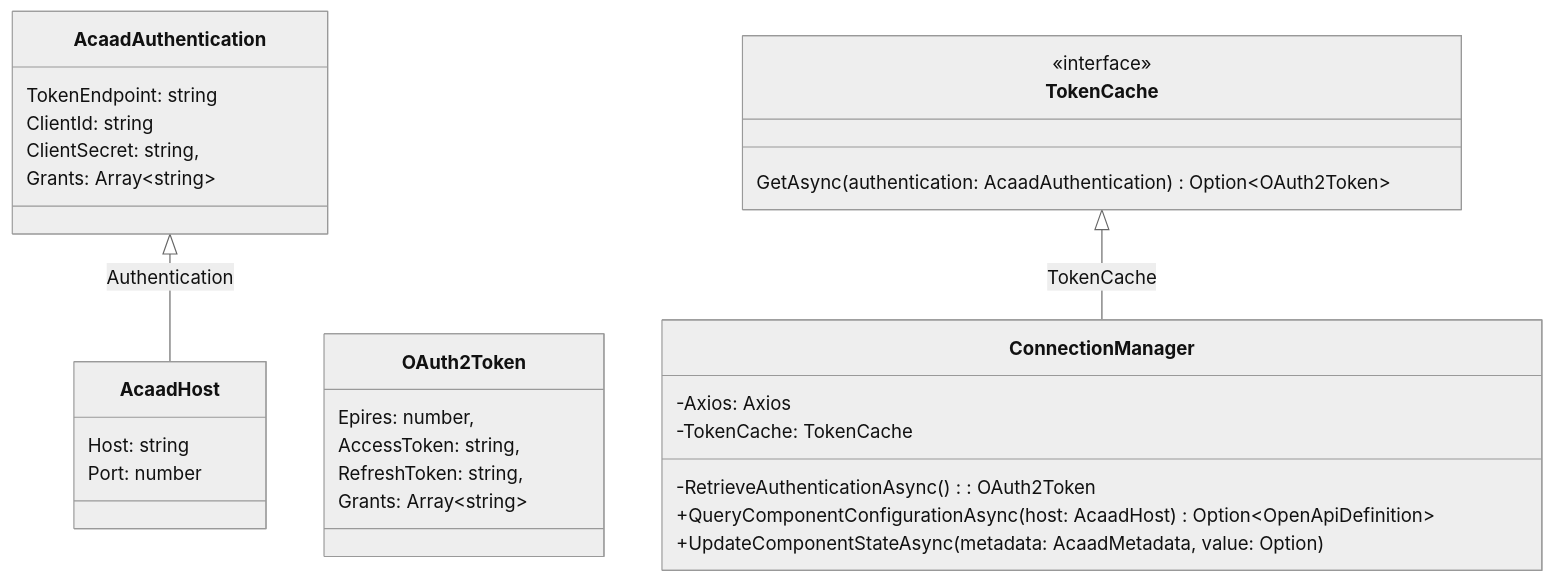
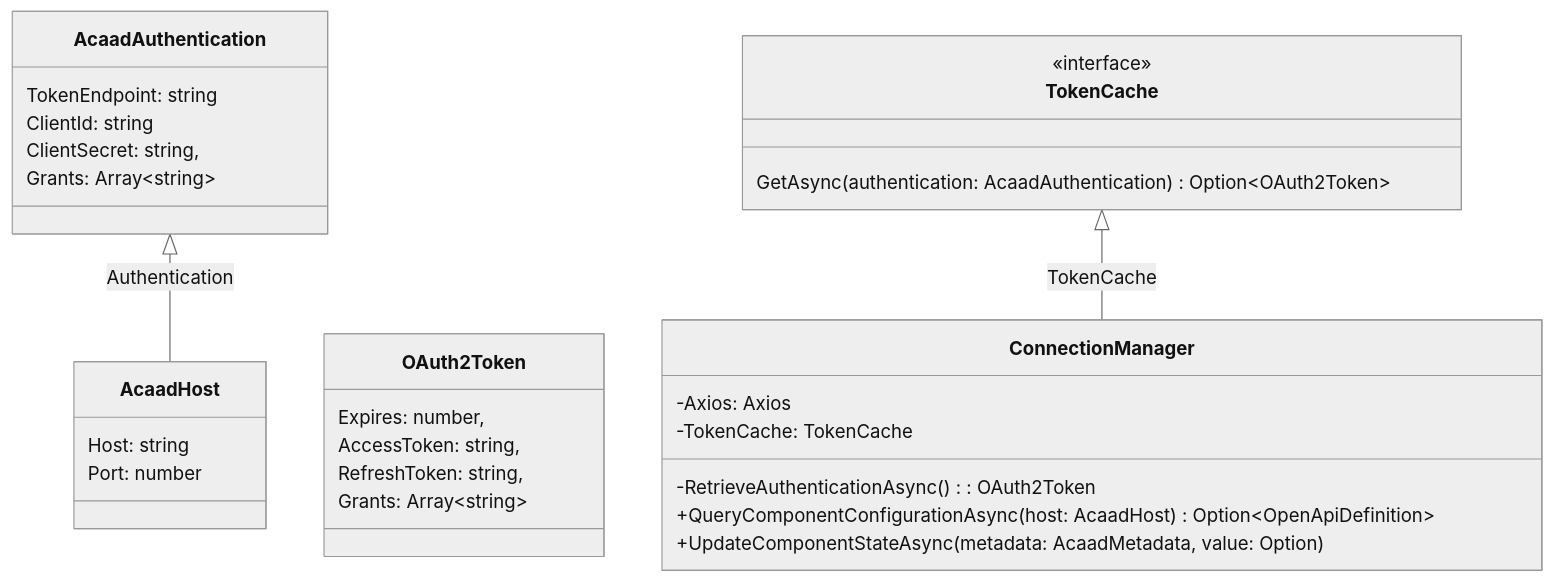
Before and after one commit to OlliMartin/wndw.ctl.typescript: the third of 3 diagrams in Documentation/Development/README.md, drawn with Mermaid (neutral theme).

````diff
--- a/Documentation/Development/README.md
+++ b/Documentation/Development/README.md
@@ -405,43 +405,43 @@
 ``` mermaid
 classDiagram 
 direction BT
 
 class AcaadAuthentication {
   TokenEndpoint: string
   ClientId: string
   ClientSecret: string,
   Grants: Array~string~
 }
 
 class AcaadHost {
   Host: string
   Port: number
 }
 
 class OAuth2Token {
-  Epires: number,
+  Expires: number,
   AccessToken: string,
   RefreshToken: string,
   Grants: Array~string~
 }
 
 AcaadHost --|> AcaadAuthentication : Authentication
 
 class TokenCache {
   <<interface>>
   GetAsync(authentication: AcaadAuthentication) Option~OAuth2Token~
 }
 
 class ConnectionManager {
   -Axios: Axios
   -TokenCache: TokenCache
   
   -RetrieveAuthenticationAsync(): OAuth2Token
   
   +QueryComponentConfigurationAsync(host: AcaadHost) Option~OpenApiDefinition~
   
   +UpdateComponentStateAsync(metadata: AcaadMetadata, value: Option<PRIMITIVE>)
 }
 
 ConnectionManager --|> TokenCache : TokenCache
 ```
````
